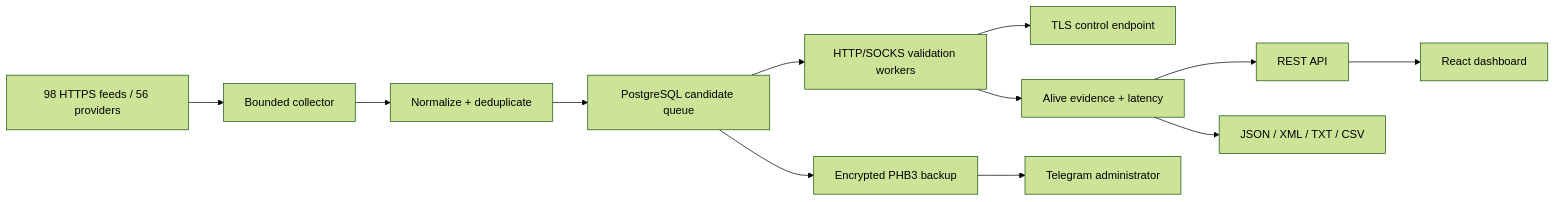
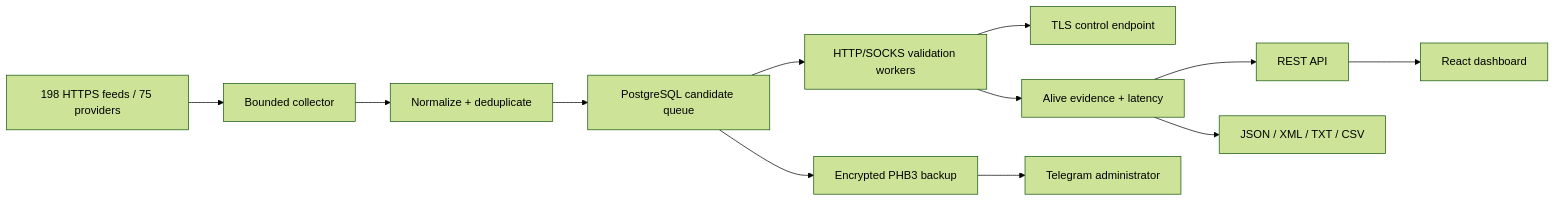
Before and after one commit to Xsenus/ProxyHarbor: the diagram in README.md, drawn with Mermaid (forest theme). The commit also changed other lines of this file and 16 other files, not shown here.

````diff
--- a/README.md
+++ b/README.md
@@ -44,14 +44,14 @@
 ```mermaid
 flowchart LR
-    A["98 HTTPS feeds / 56 providers"] --> B["Bounded collector"]
+    A["198 HTTPS feeds / 75 providers"] --> B["Bounded collector"]
     B --> C["Normalize + deduplicate"]
     C --> D["PostgreSQL candidate queue"]
     D --> E["HTTP/SOCKS validation workers"]
     E --> F["TLS control endpoint"]
     E --> G["Alive evidence + latency"]
     G --> H["REST API"]
     G --> I["JSON / XML / TXT / CSV"]
     H --> J["React dashboard"]
     D --> K["Encrypted PHB3 backup"]
     K --> L["Telegram administrator"]
 ```
````
